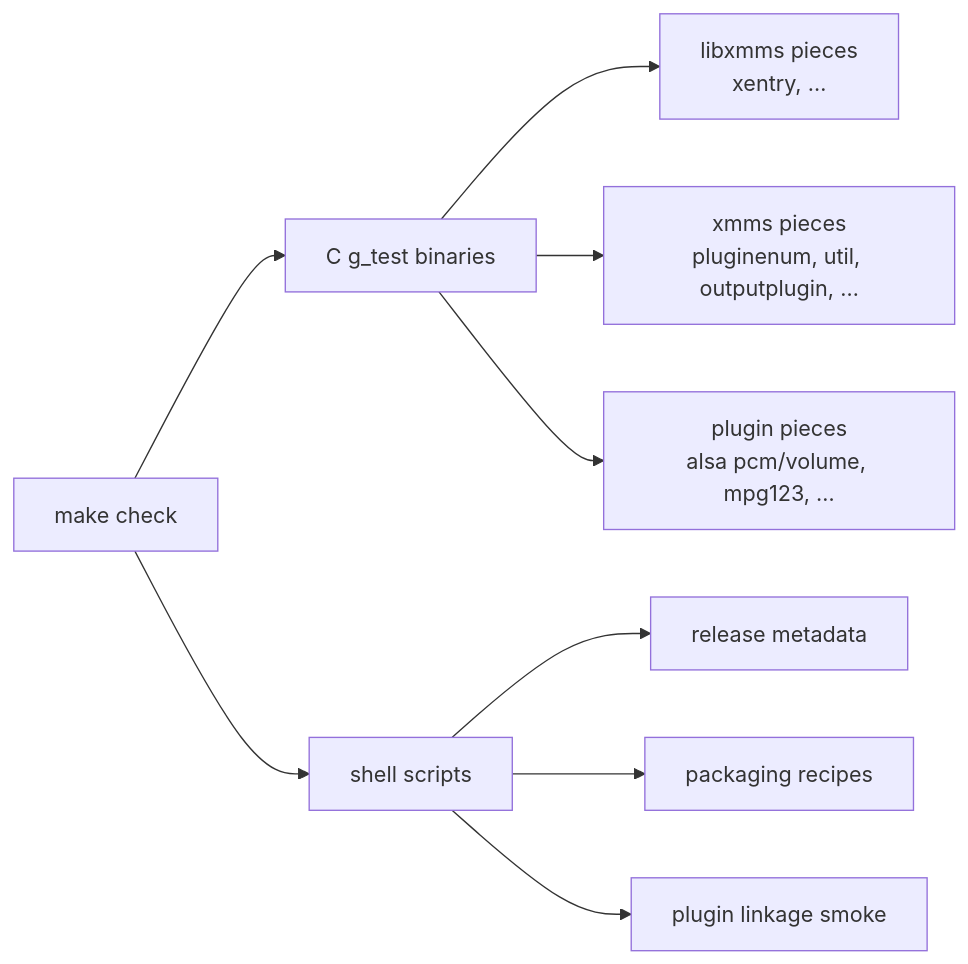
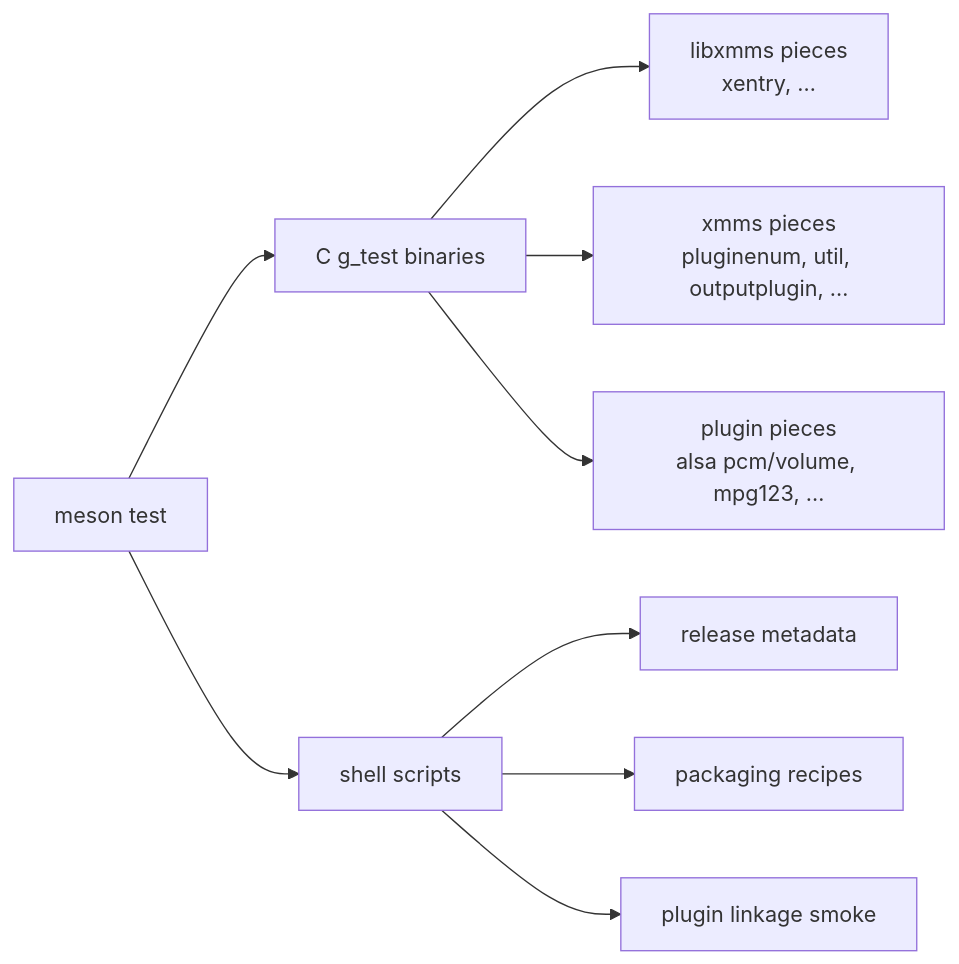
The second of 4 diagrams in docs/architecture/build-and-test.md (tuunanet/xmms-gtk4-experimental), drawn with Mermaid before and after one commit. The commit also changed other lines of this file and 200 other files, not shown here.

````diff
--- a/docs/architecture/build-and-test.md
+++ b/docs/architecture/build-and-test.md
@@ -122,11 +119,11 @@
 ```mermaid
 flowchart LR
-    MC[make check] --> UNIT[C g_test binaries]
-    MC --> SH[shell scripts]
+    MT[meson test] --> UNIT[C g_test binaries]
+    MT --> SH[shell scripts]
     UNIT --> LIBT["libxmms pieces<br/>xentry, …"]
     UNIT --> CORET["xmms pieces<br/>pluginenum, util, outputplugin, …"]
     UNIT --> PLT["plugin pieces<br/>alsa pcm/volume, mpg123, …"]
     SH --> REL[release metadata]
     SH --> PKG[packaging recipes]
     SH --> LINK[plugin linkage smoke]
 ```
````
